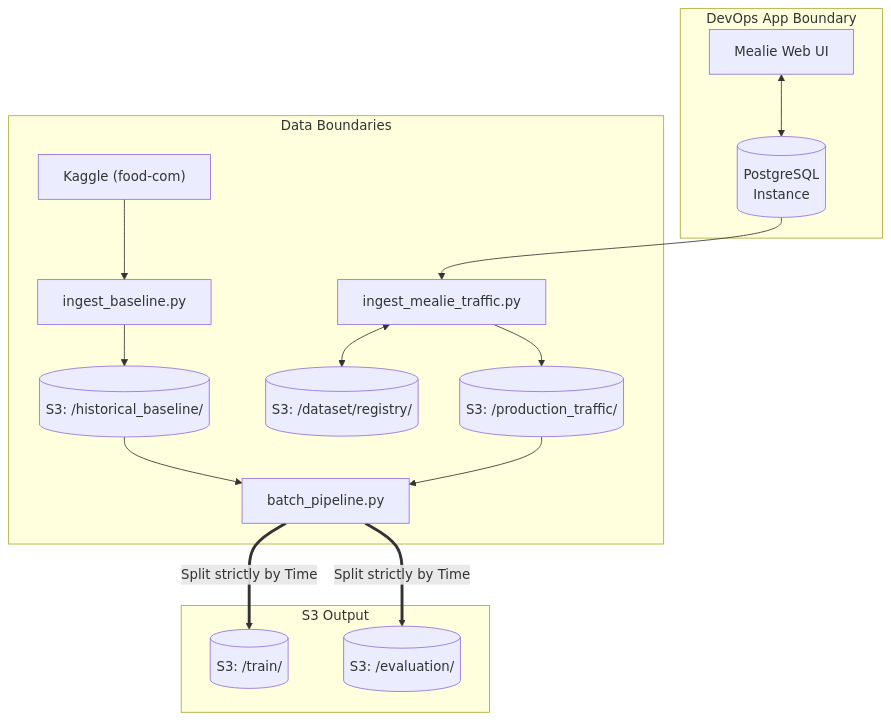
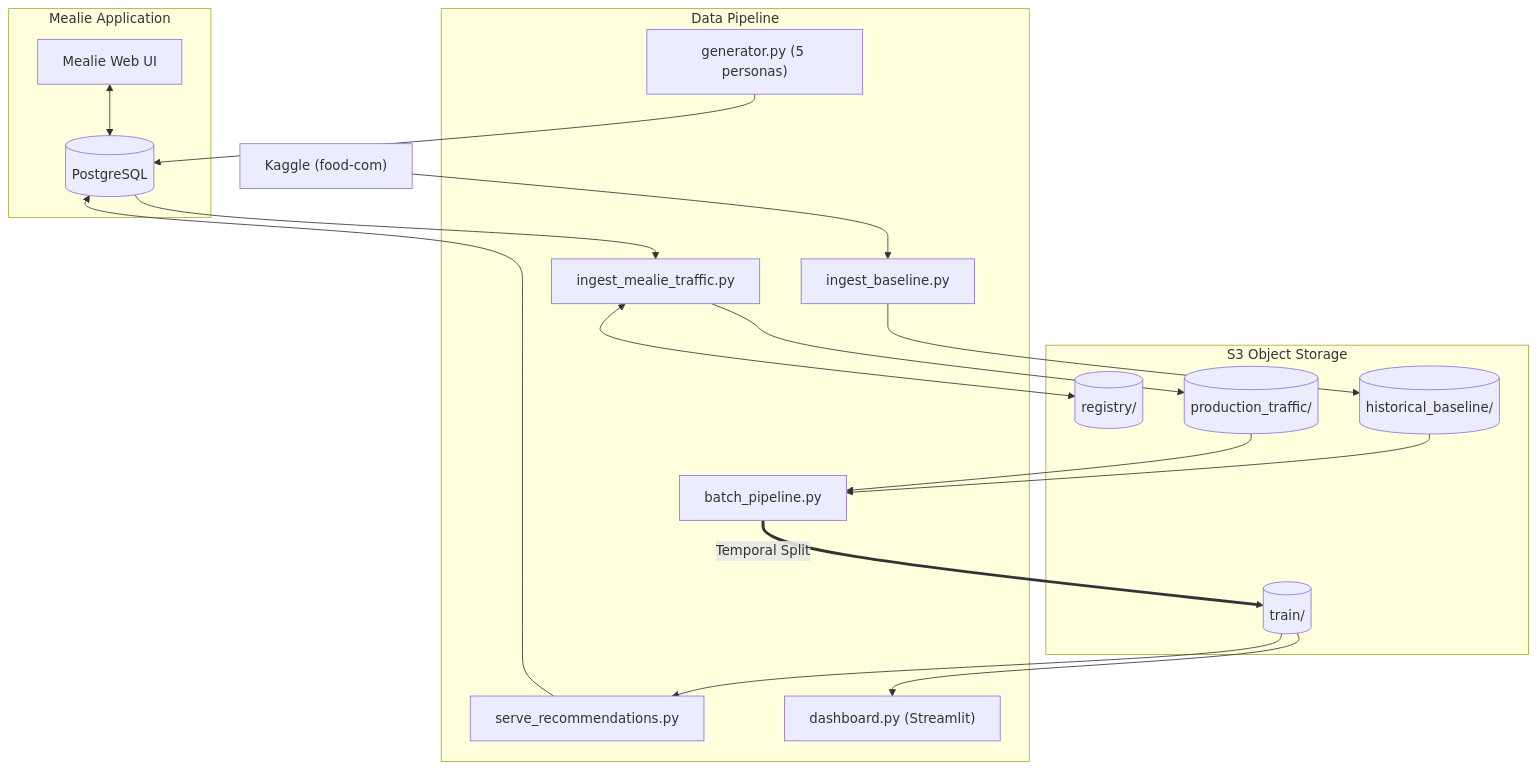
One commit to meghana-555/GNN-Recipe-Recommendation changed the diagram in data_pipeline/README.md. Above: the diagram before and after it, drawn with Mermaid. The commit also changed other lines of this file and 10 other files, not shown here.

````diff
--- a/data_pipeline/README.md
+++ b/data_pipeline/README.md
@@ -22,33 +55,35 @@
 ```mermaid
 flowchart TD
-    subgraph DevOps App Boundary
-        Postgres[(PostgreSQL\nInstance)]
+    subgraph Mealie Application
+        Postgres[(PostgreSQL)]
         MealieApp[Mealie Web UI]
         MealieApp <--> Postgres
     end
 
-    subgraph Data Boundaries
-        Kaggle["Kaggle (food-com)"]
+    subgraph Data Pipeline
         Ingest["ingest_baseline.py"]
+        Generator["generator.py (5 personas)"]
         Poller["ingest_mealie_traffic.py"]
         Batch["batch_pipeline.py"]
-        S3Reg[("S3: /dataset/registry/")]
-        S3Base[("S3: /historical_baseline/")]
-        S3Traffic[("S3: /production_traffic/")]
-    end
-    
-    subgraph S3 Output
-        S3Train[("S3: /train/")]
-        S3Eval[("S3: /evaluation/")]
+        Serve["serve_recommendations.py"]
+        Dashboard["dashboard.py (Streamlit)"]
     end
 
-    Kaggle --> Ingest
-    Ingest --> S3Base
+    subgraph S3 Object Storage
+        S3Reg[("registry/")]
+        S3Base[("historical_baseline/")]
+        S3Traffic[("production_traffic/")]
+        S3Train[("train/")]
+    end
+
+    Kaggle["Kaggle (food-com)"] --> Ingest --> S3Base
+    Generator --> Postgres
     Postgres --> Poller
     Poller <--> S3Reg
     Poller --> S3Traffic
     S3Base --> Batch
     S3Traffic --> Batch
-    Batch == "Split strictly by Time" ==> S3Train
-    Batch == "Split strictly by Time" ==> S3Eval
+    Batch == "Temporal Split" ==> S3Train
+    S3Train --> Serve --> Postgres
+    S3Train --> Dashboard
 ```
````
